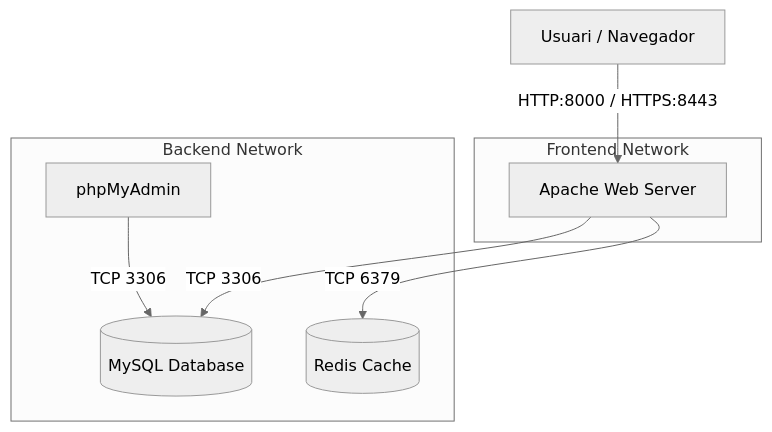
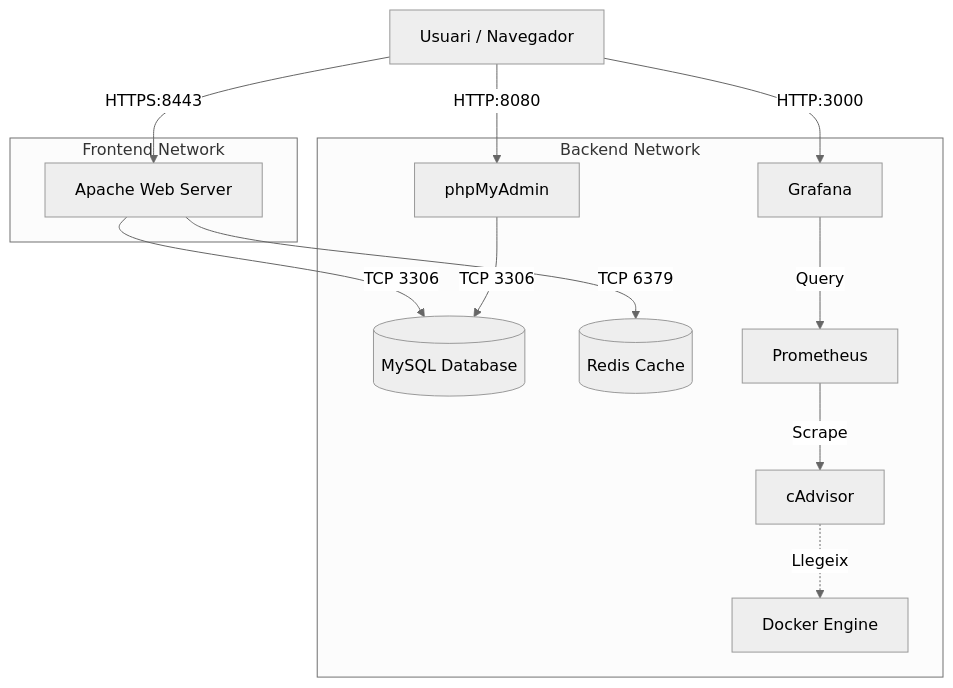
One commit to aybkh/Projecte-Serveis-Web changed the diagram in README.md. Above: the diagram before and after it, drawn with Mermaid (neutral theme). The commit also changed other lines of this file, not shown here.

````diff
--- a/README.md
+++ b/README.md
@@ -9,14 +9,20 @@
 ```mermaid
 graph TD
-    User[Usuari / Navegador] -->|HTTP:8000 / HTTPS:8443| Apache
-    
+    User[Usuari / Navegador] -->|HTTPS:8443| Apache
+    User -->|HTTP:3000| Grafana
+    User -->|HTTP:8080| PMA[phpMyAdmin]
+
     subgraph "Frontend Network"
         Apache[Apache Web Server]
     end
     
     subgraph "Backend Network"
         Apache -->|TCP 3306| MySQL[(MySQL Database)]
         Apache -->|TCP 6379| Redis[(Redis Cache)]
-        PMA[phpMyAdmin] -->|TCP 3306| MySQL
+        PMA -->|TCP 3306| MySQL
+        
+        cAdvisor[cAdvisor] -.->|Llegeix| DockerSocket[Docker Engine]
+        Prometheus[Prometheus] -->|Scrape| cAdvisor
+        Grafana[Grafana] -->|Query| Prometheus
     end
 ```
````
